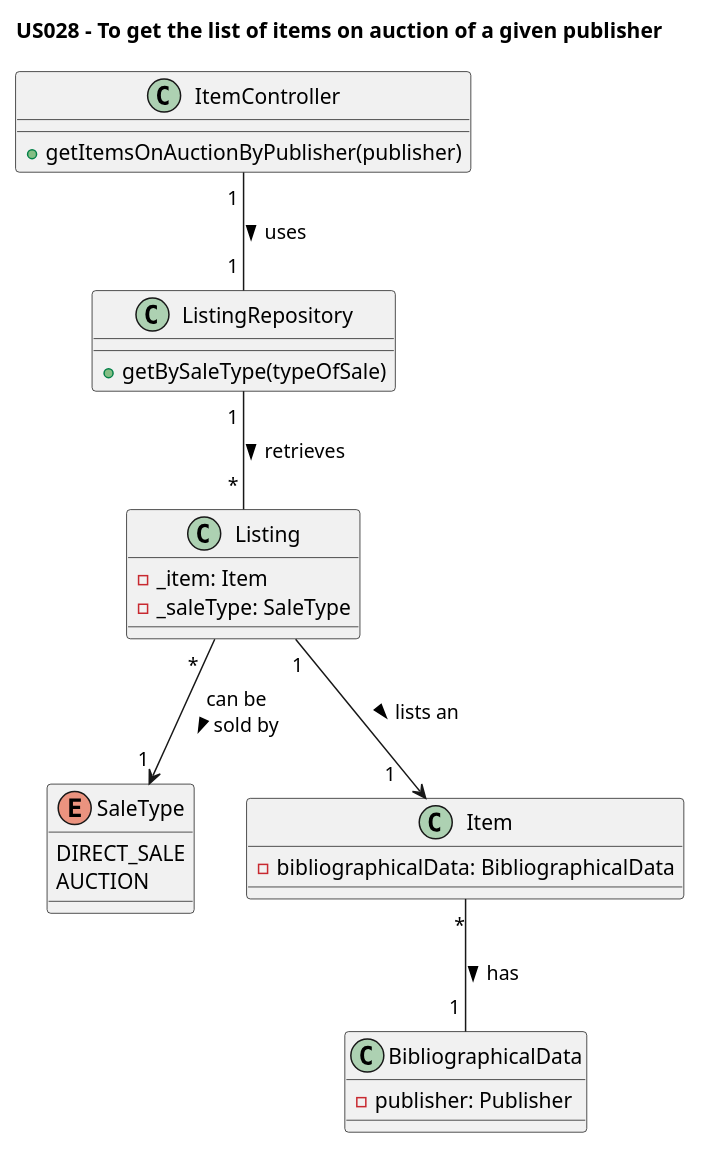
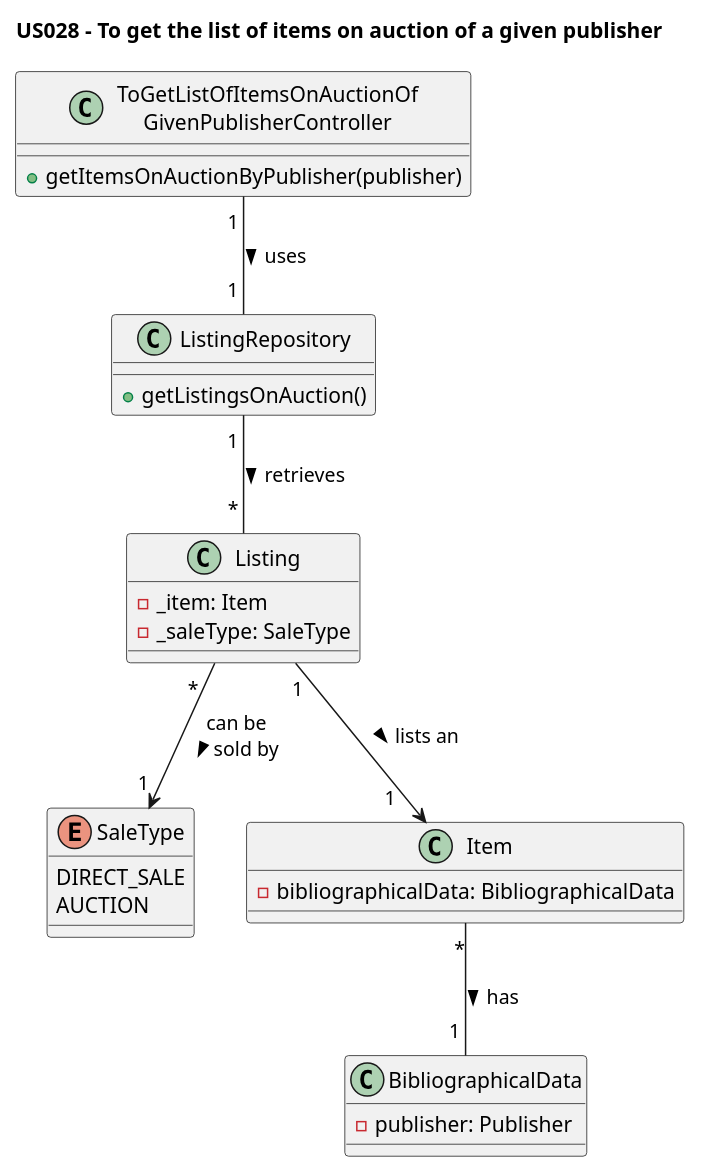
The diagram in Diagrams/ClassDiagrams/US28-to-get-list-of-items-on-auction-of-given-publisher.puml (AndrePereiraGitH/SWitCH-Project-Team_A), drawn with PlantUML before and after one commit. The commit also changed 3 other files, not shown here.

```diff
--- a/Diagrams/ClassDiagrams/US28-to-get-list-of-items-on-auction-of-given-publisher.puml
+++ b/Diagrams/ClassDiagrams/US28-to-get-list-of-items-on-auction-of-given-publisher.puml
@@ -1,38 +1,38 @@
 @startuml
 title US028 - To get the list of items on auction of a given publisher
 
-class ItemController {
+class ToGetListOfItemsOnAuctionOf\nGivenPublisherController {
   +getItemsOnAuctionByPublisher(publisher)
 }
 
 class ListingRepository {
-  +getBySaleType(typeOfSale)
+  +getListingsOnAuction()
 }
 
 class Listing {
   - _item: Item
   - _saleType: SaleType
 }
 
 enum SaleType {
     DIRECT_SALE
     AUCTION
 }
 
 class Item {
     - bibliographicalData: BibliographicalData
 }
 
 class BibliographicalData {
     - publisher: Publisher
     }
 
 ' Interactions
 
-ItemController  "1 " -- "1 " ListingRepository : uses >
+ToGetListOfItemsOnAuctionOf\nGivenPublisherController  "1 " -- "1 " ListingRepository : uses >
 ListingRepository "1 " -- " * " Listing : retrieves >
 Listing "                                *" --> "1 " SaleType : can be\nsold by >
 Listing "1"--> "1    " Item : lists an >
 Item "*" -- "1 " BibliographicalData: has >
 
 @enduml
```
